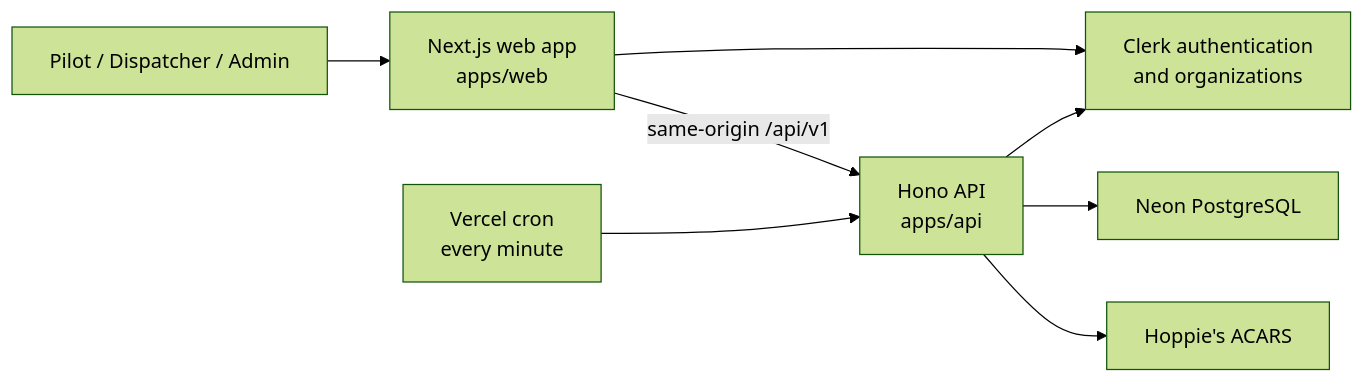
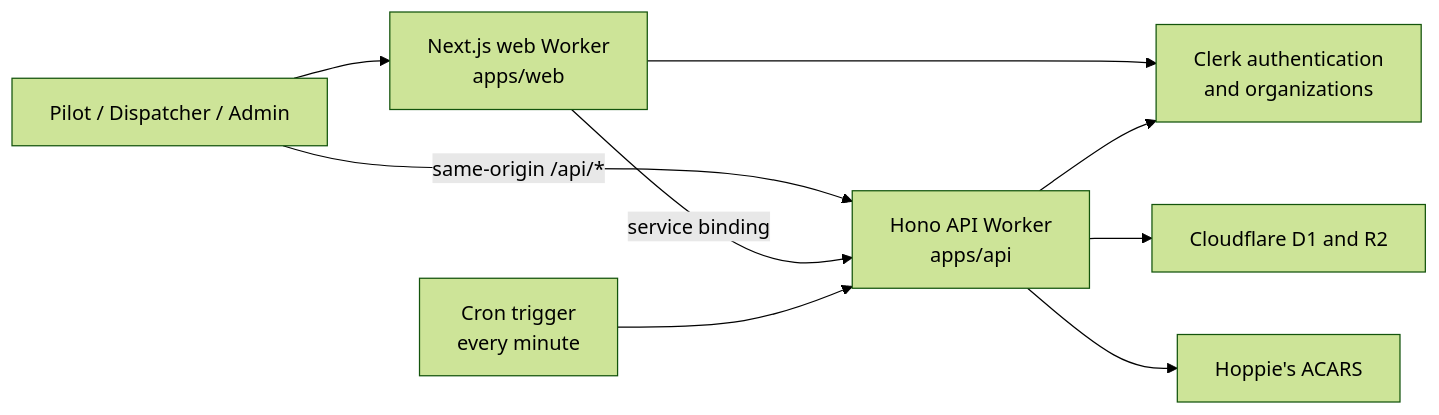
One commit to shiftbloom-studio/va-dispatcher changed the diagram in wiki/Home.md. Above: the diagram before and after it, drawn with Mermaid (forest theme). The commit also changed other lines of this file and 37 other files, not shown here.

````diff
--- a/wiki/Home.md
+++ b/wiki/Home.md
@@ -26,10 +26,11 @@
 ```mermaid
 flowchart LR
-    U["Pilot / Dispatcher / Admin"] --> W["Next.js web app<br/>apps/web"]
-    W -->|"same-origin /api/v1"| A["Hono API<br/>apps/api"]
+    U["Pilot / Dispatcher / Admin"] --> W["Next.js web Worker<br/>apps/web"]
+    U -->|"same-origin /api/*"| A
+    W -->|"service binding"| A["Hono API Worker<br/>apps/api"]
     W --> C["Clerk authentication<br/>and organizations"]
     A --> C
-    A --> N["Neon PostgreSQL"]
+    A --> N["Cloudflare D1 and R2"]
     A --> H["Hoppie's ACARS"]
-    V["Vercel cron<br/>every minute"] --> A
+    V["Cron trigger<br/>every minute"] --> A
 ```
````
